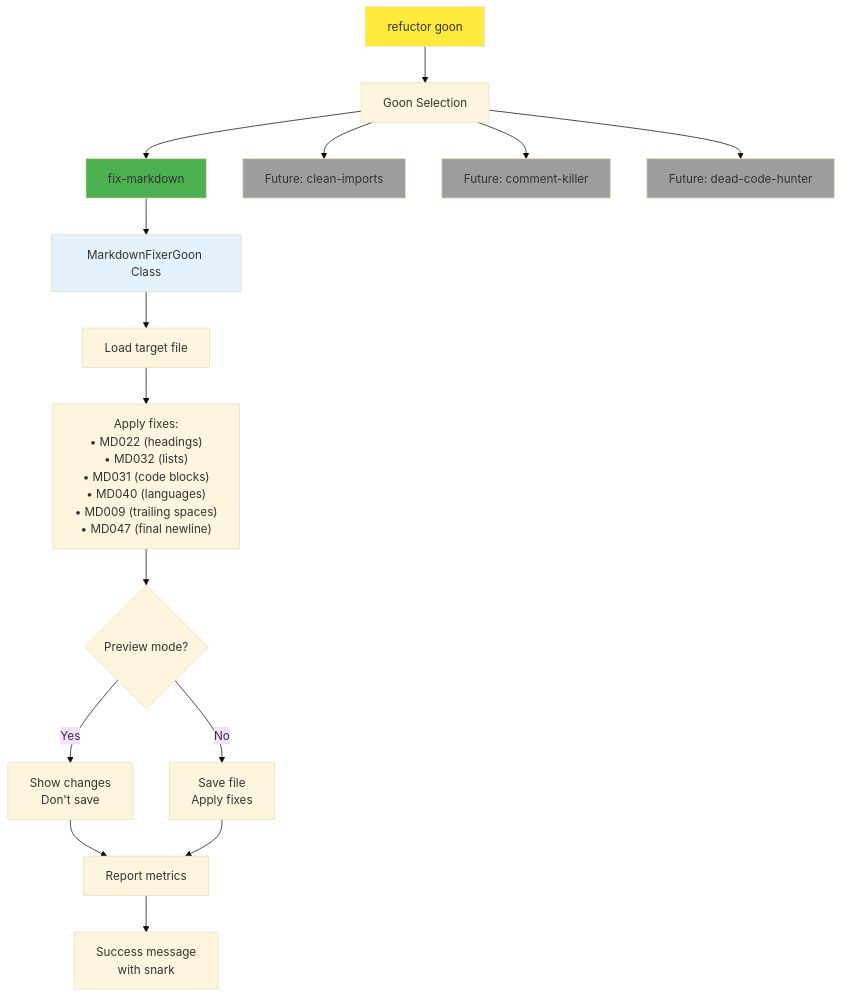
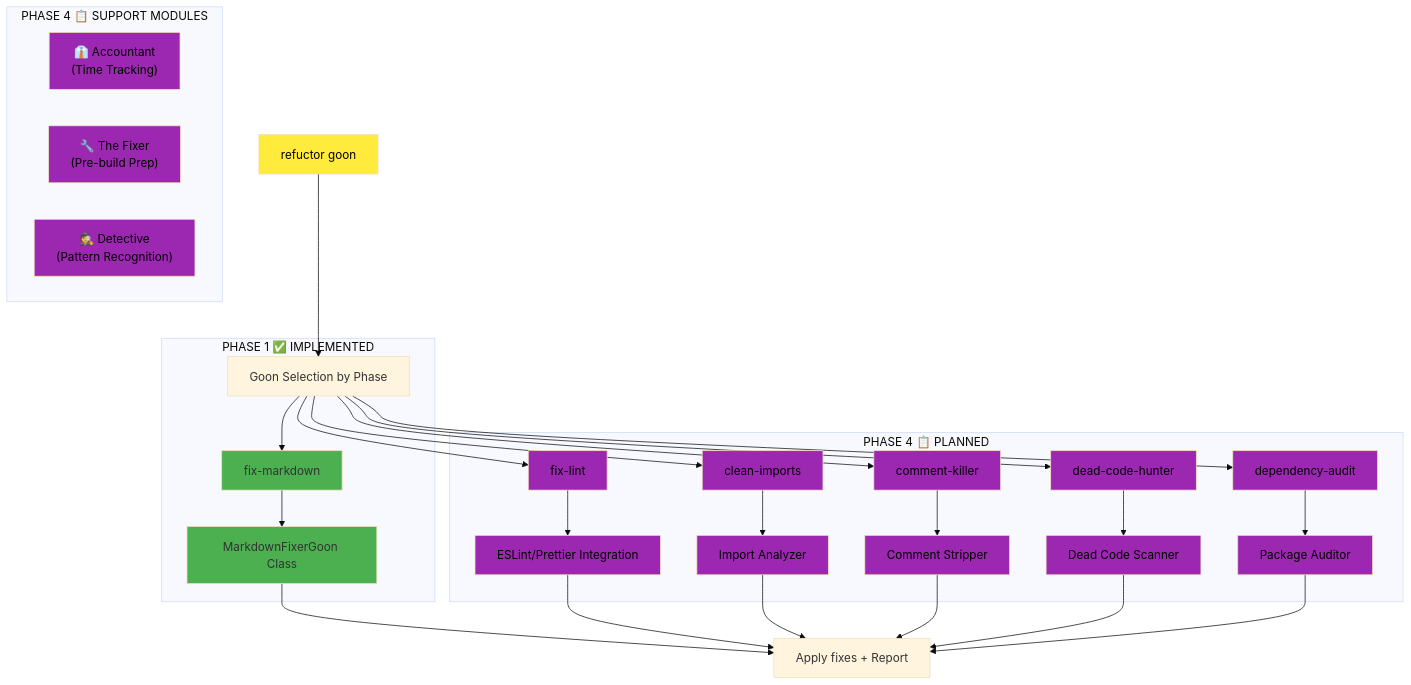
One commit to Jason-Vaughan/refuctor changed diagram 11 of 21 in REFUCTOR_MYTHOS.md. Above: the diagram before and after it, drawn with Mermaid (base theme). The commit also changed other lines of this file and 8 other files, not shown here.

````diff
--- a/REFUCTOR_MYTHOS.md
+++ b/REFUCTOR_MYTHOS.md
@@ -235,25 +484,55 @@
 ```mermaid
 flowchart TD
-    A["refuctor goon"] --> B["Goon Selection"]
-    B --> C["fix-markdown"]
-    B --> D["Future: clean-imports"]
-    B --> E["Future: comment-killer"]
-    B --> F["Future: dead-code-hunter"]
+    A["refuctor goon"] --> B["Goon Selection by Phase"]
     
-    C --> G["MarkdownFixerGoon Class"]
-    G --> H["Load target file"]
-    H --> I["Apply fixes:<br/>• MD022 (headings)<br/>• MD032 (lists)<br/>• MD031 (code blocks)<br/>• MD040 (languages)<br/>• MD009 (trailing spaces)<br/>• MD047 (final newline)"]
-    I --> J{"Preview mode?"}
-    J -->|Yes| K["Show changes<br/>Don't save"]
-    J -->|No| L["Save file<br/>Apply fixes"]
-    K --> M["Report metrics"]
-    L --> M
-    M --> N["Success message<br/>with snark"]
+    subgraph "PHASE 1 ✅ IMPLEMENTED"
+        B --> C1["fix-markdown"]
+        C1 --> G1["MarkdownFixerGoon Class"]
+    end
     
-    style A fill:#ffeb3b
-    style C fill:#4caf50
-    style D fill:#9e9e9e
-    style E fill:#9e9e9e
-    style F fill:#9e9e9e
-    style G fill:#e3f2fd
+    subgraph "PHASE 4 📋 PLANNED"
+        B --> C2["fix-lint"]
+        B --> C3["clean-imports"] 
+        B --> C4["comment-killer"]
+        B --> C5["dead-code-hunter"]
+        B --> C6["dependency-audit"]
+        
+        C2 --> G2["ESLint/Prettier Integration"]
+        C3 --> G3["Import Analyzer"]
+        C4 --> G4["Comment Stripper"]
+        C5 --> G5["Dead Code Scanner"]
+        C6 --> G6["Package Auditor"]
+    end
+    
+    subgraph "PHASE 4 📋 SUPPORT MODULES"
+        H1["👔 Accountant<br/>(Time Tracking)"]
+        H2["🔧 The Fixer<br/>(Pre-build Prep)"]
+        H3["🕵️ Detective<br/>(Pattern Recognition)"]
+    end
+    
+    G1 --> I["Apply fixes + Report"]
+    G2 --> I
+    G3 --> I 
+    G4 --> I
+    G5 --> I
+    G6 --> I
+    
+    style A fill:#ffeb3b,color:#000000
+    style C1 fill:#4caf50
+    style G1 fill:#4caf50
+    
+    style C2 fill:#9c27b0,color:#000000
+    style C3 fill:#9c27b0,color:#000000
+    style C4 fill:#9c27b0,color:#000000
+    style C5 fill:#9c27b0,color:#000000
+    style C6 fill:#9c27b0,color:#000000
+    style G2 fill:#9c27b0,color:#000000
+    style G3 fill:#9c27b0,color:#000000
+    style G4 fill:#9c27b0,color:#000000
+    style G5 fill:#9c27b0,color:#000000
+    style G6 fill:#9c27b0,color:#000000
+    
+    style H1 fill:#9c27b0,color:#000000
+    style H2 fill:#9c27b0,color:#000000
+    style H3 fill:#9c27b0,color:#000000
 ```
````
